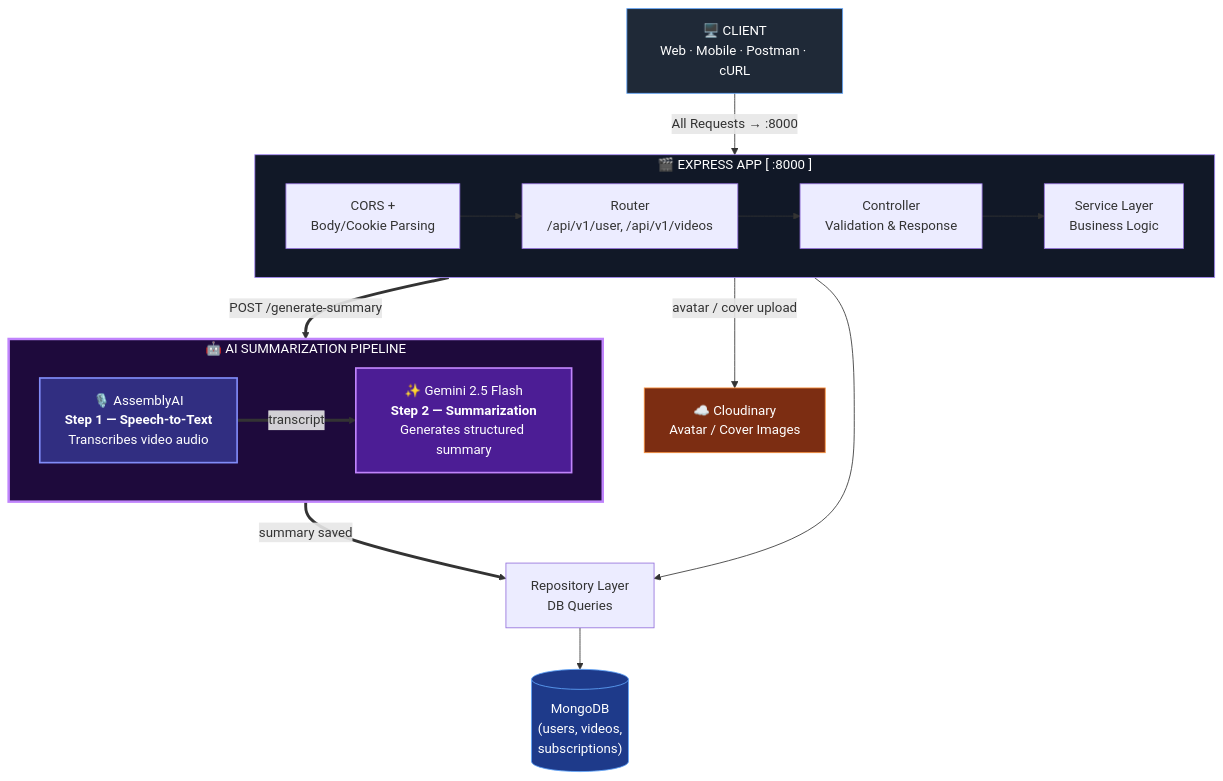
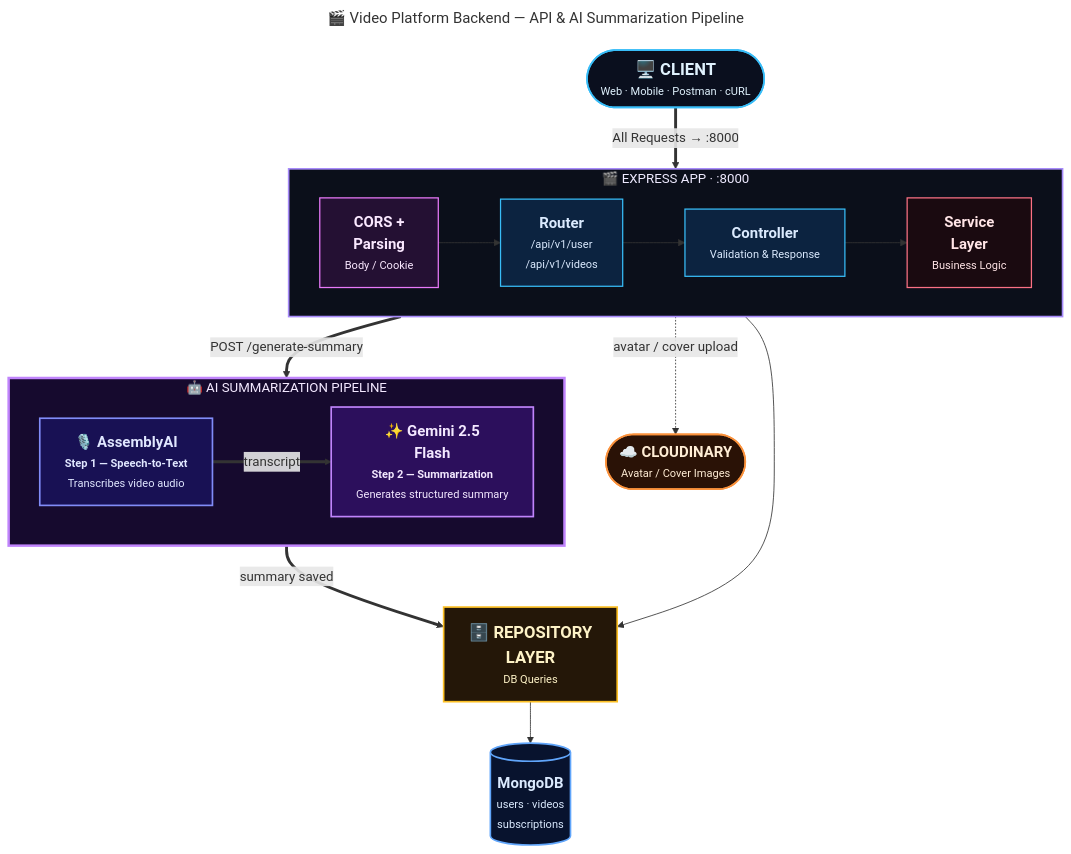
Before and after one commit to Ritesh030/youtubeClone: the diagram in Readme.md, drawn with Mermaid.

````diff
--- a/Readme.md
+++ b/Readme.md
@@ -104,35 +104,54 @@
 ```mermaid
+---
+title: 🎬 Video Platform Backend — API & AI Summarization Pipeline
+---
 flowchart TB
-    Client["🖥️ CLIENT<br/>Web · Mobile · Postman · cURL"]
+    Client(["<b style='font-size:20px'>🖥️ CLIENT</b><br/><small>Web · Mobile · Postman · cURL</small>"])
 
-    Client -->|"All Requests → :8000"| App
+    Client ==>|"All Requests → :8000"| App
 
-    subgraph App["🎬 EXPRESS APP  [ :8000 ]"]
+    subgraph App["🎬 EXPRESS APP · :8000"]
         direction LR
-        M1["CORS +<br/>Body/Cookie Parsing"] --> M2["Router<br/>/api/v1/user, /api/v1/videos"] --> M3["Controller<br/>Validation & Response"] --> M4["Service Layer<br/>Business Logic"]
+        M1["<b style='font-size:18px'>CORS +<br/>Parsing</b><br/><small>Body / Cookie</small>"] --> M2["<b style='font-size:18px'>Router</b><br/><small>/api/v1/user<br/>/api/v1/videos</small>"] --> M3["<b style='font-size:18px'>Controller</b><br/><small>Validation & Response</small>"] --> M4["<b style='font-size:18px'>Service<br/>Layer</b><br/><small>Business Logic</small>"]
     end
 
-    M4 --> M5["Repository Layer<br/>DB Queries"]
-    M5 --> DB[("MongoDB<br/>(users, videos,<br/>subscriptions)")]
+    M4 --> M5["<b style='font-size:20px'>🗄️ REPOSITORY<br/>LAYER</b><br/><small>DB Queries</small>"]
+    M5 --> DB[("<b style='font-size:18px'>MongoDB</b><br/><small>users · videos<br/>subscriptions</small>")]
 
-    M4 -->|"avatar / cover upload"| Cloudinary["☁️ Cloudinary<br/>Avatar / Cover Images"]
+    M4 -.->|"avatar / cover upload"| Cloudinary(["<b style='font-size:18px'>☁️ CLOUDINARY</b><br/><small>Avatar / Cover Images</small>"])
 
     M4 ==>|"POST /generate-summary"| AIPipeline
 
     subgraph AIPipeline["🤖 AI SUMMARIZATION PIPELINE"]
         direction LR
-        AssemblyAI["🎙️ AssemblyAI<br/><b>Step 1 — Speech-to-Text</b><br/>Transcribes video audio"]
-        Gemini["✨ Gemini 2.5 Flash<br/><b>Step 2 — Summarization</b><br/>Generates structured summary"]
-        AssemblyAI ==>|"transcript"| Gemini
+        AssemblyAI["<b style='font-size:18px'>🎙️ AssemblyAI</b><br/><small><b>Step 1 — Speech-to-Text</b><br/>Transcribes video audio</small>"] ==>|"transcript"| Gemini["<b style='font-size:18px'>✨ Gemini 2.5<br/>Flash</b><br/><small><b>Step 2 — Summarization</b><br/>Generates structured summary</small>"]
     end
 
     AIPipeline ==>|"summary saved"| M5
 
-    style Client fill:#1f2937,stroke:#60a5fa,color:#fff
-    style App fill:#111827,stroke:#a78bfa,color:#fff
-    style DB fill:#1e3a8a,stroke:#60a5fa,color:#fff
-    style Cloudinary fill:#7c2d12,stroke:#fb923c,color:#fff
-    style AIPipeline fill:#1e0a3c,stroke:#c084fc,stroke-width:3px,color:#fff
-    style AssemblyAI fill:#312e81,stroke:#818cf8,stroke-width:2px,color:#fff
-    style Gemini fill:#4c1d95,stroke:#c084fc,stroke-width:2px,color:#fff
+    classDef client fill:#0a0f1e,stroke:#38bdf8,stroke-width:2px,color:#e0f2fe
+    classDef appBg fill:#0b0f1a,stroke:#a78bfa,stroke-width:2px,color:#ede9fe
+    classDef parser fill:#241033,stroke:#e879f9,stroke-width:1.5px,color:#fae8ff
+    classDef router fill:#0c2340,stroke:#38bdf8,stroke-width:1.5px,color:#dbeafe
+    classDef controller fill:#0c2340,stroke:#38bdf8,stroke-width:1.5px,color:#dbeafe
+    classDef service fill:#1a0a10,stroke:#fb7185,stroke-width:1.5px,color:#ffe4e6
+    classDef repo fill:#241708,stroke:#fbbf24,stroke-width:2px,color:#fef3c7
+    classDef db fill:#08132e,stroke:#60a5fa,stroke-width:2px,color:#dbeafe
+    classDef cloud fill:#2a1206,stroke:#fb923c,stroke-width:2px,color:#ffedd5
+    classDef aiBg fill:#160a2e,stroke:#c084fc,stroke-width:3px,color:#f3e8ff
+    classDef stt fill:#181154,stroke:#818cf8,stroke-width:2px,color:#e0e7ff
+    classDef llm fill:#2c0f5c,stroke:#c084fc,stroke-width:2px,color:#f3e8ff
+
+    class Client client
+    class App appBg
+    class M1 parser
+    class M2 router
+    class M3 controller
+    class M4 service
+    class M5 repo
+    class DB db
+    class Cloudinary cloud
+    class AIPipeline aiBg
+    class AssemblyAI stt
+    class Gemini llm
 ```
````
